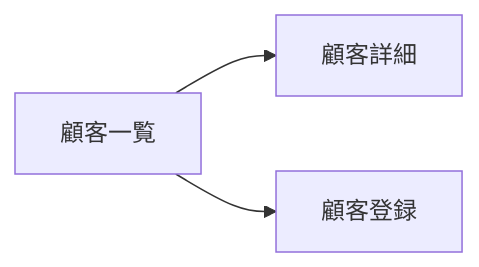
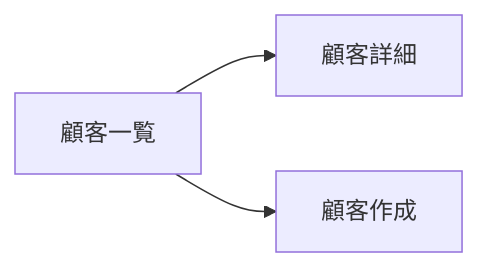
One commit to seekseep/webapp-handson-2025 changed the second of 4 diagrams in 04-practice-only-frontend/01-customer.md. Above: the diagram before and after it, drawn with Mermaid. The commit also changed other lines of this file and 2 other files, not shown here.

````diff
--- a/04-practice-only-frontend/01-customer.md
+++ b/04-practice-only-frontend/01-customer.md
@@ -38,5 +38,5 @@
 ```mermaid
 graph LR
   A[顧客一覧] --> B[顧客詳細]
-  A --> C[顧客登録]
+  A --> C[顧客作成]
 ```
````
